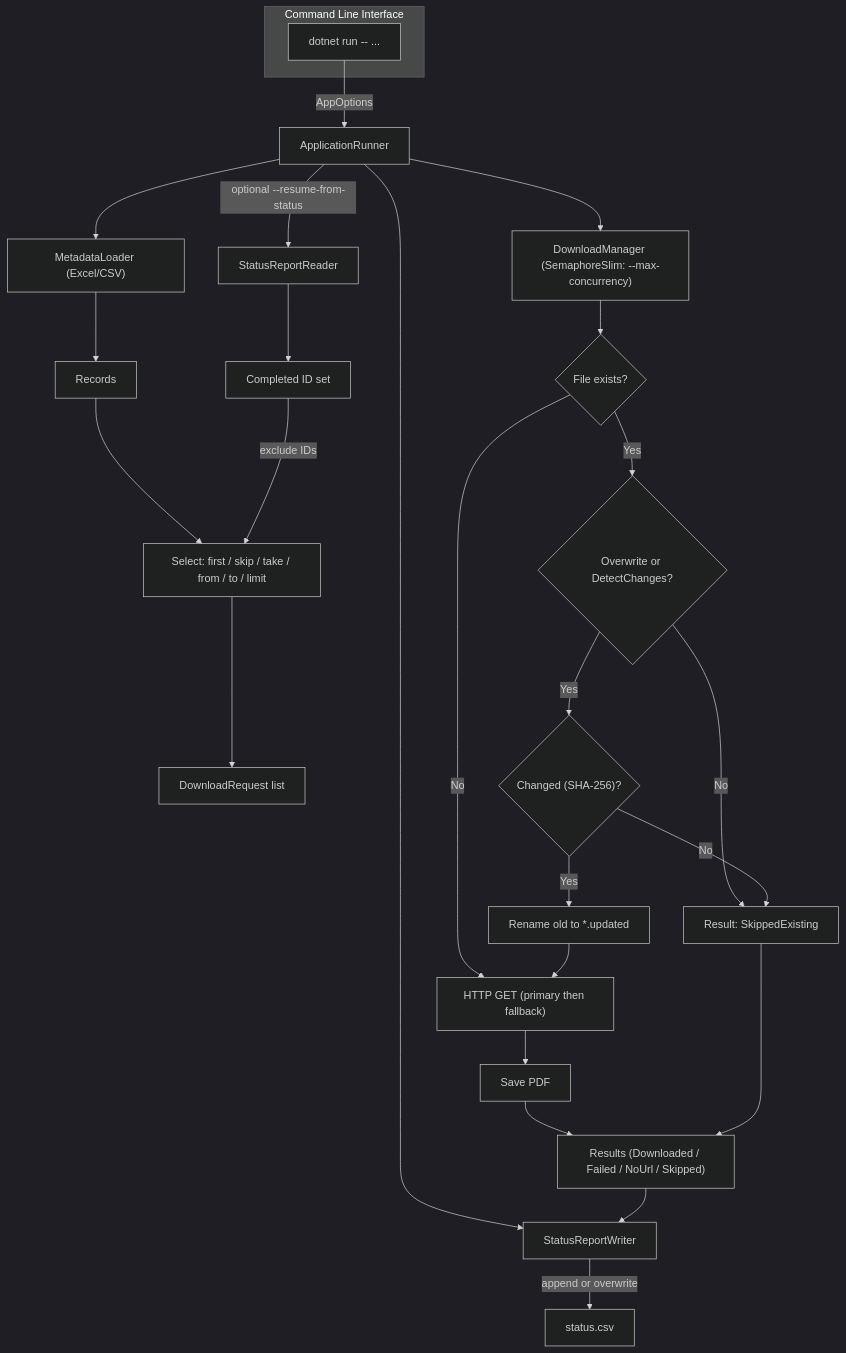
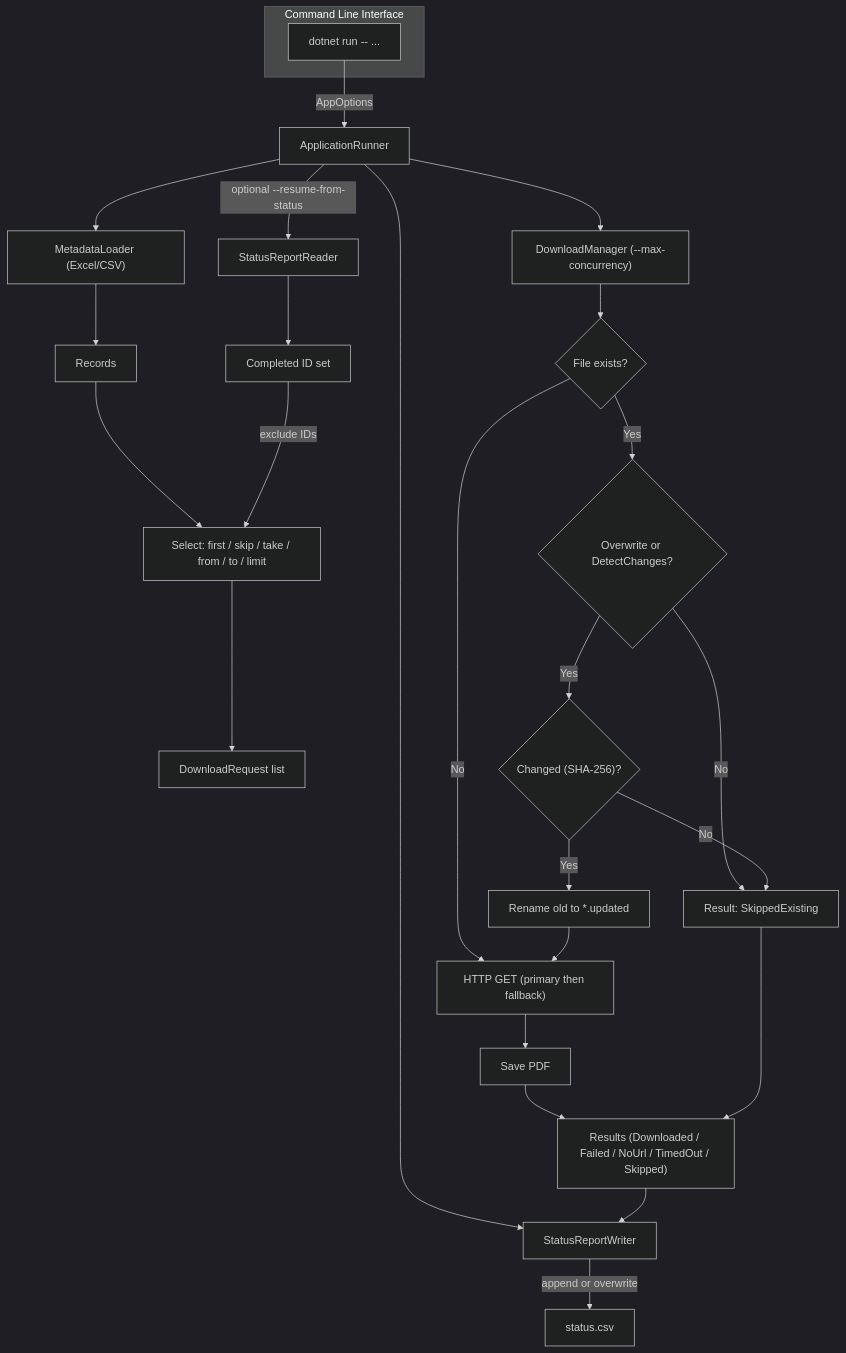
The diagram in README.md (saphyron/Opgave-1-PDF-Downloader), drawn with Mermaid (dark theme) before and after one commit. The commit also changed other lines of this file and 2 other files, not shown here.

````diff
--- a/README.md
+++ b/README.md
@@ -79,47 +96,46 @@
 ```mermaid
 flowchart TB
   subgraph CLI["Command Line Interface"]
     CMD["dotnet run -- ..."]
   end
 
   CMD -->|AppOptions| RUN["ApplicationRunner"]
 
   %% Resume from status.csv
   RUN -->|optional --resume-from-status| READ["StatusReportReader"]
   READ --> DONE["Completed ID set"]
 
   %% Load metadata
   RUN --> LOAD["MetadataLoader (Excel/CSV)"]
   LOAD --> RECS["Records"]
 
   %% Selection / filtering
   RECS --> FILTER["Select: first / skip / take / from / to / limit"]
   DONE -->|exclude IDs| FILTER
 
   FILTER --> REQ["DownloadRequest list"]
 
   %% Download manager with throttling
-  RUN --> MGR["DownloadManager (SemaphoreSlim: --max-concurrency)"]
+  RUN --> MGR["DownloadManager (--max-concurrency)"]
 
   %% Existence / overwrite / change detection
   MGR --> EXIST{"File exists?"}
   EXIST -- "No" --> FETCH["HTTP GET (primary then fallback)"]
   EXIST -- "Yes" --> OVER{"Overwrite or DetectChanges?"}
 
   OVER -- "No" --> SKIP["Result: SkippedExisting"]
   OVER -- "Yes" --> CHK{"Changed (SHA-256)?"}
   CHK -- "No" --> SKIP
   CHK -- "Yes" --> RENAME["Rename old to *.updated"]
 
   RENAME --> FETCH
   FETCH --> SAVE["Save PDF"]
 
-  SAVE --> RESULTS["Results (Downloaded / Failed / NoUrl / Skipped)"]
+  SAVE --> RESULTS["Results (Downloaded / Failed / NoUrl / TimedOut / Skipped)"]
   SKIP --> RESULTS
 
   %% Reporting
   RUN --> REPORT["StatusReportWriter"]
   RESULTS --> REPORT
   REPORT -->|append or overwrite| CSV["status.csv"]
-
 ```
````
